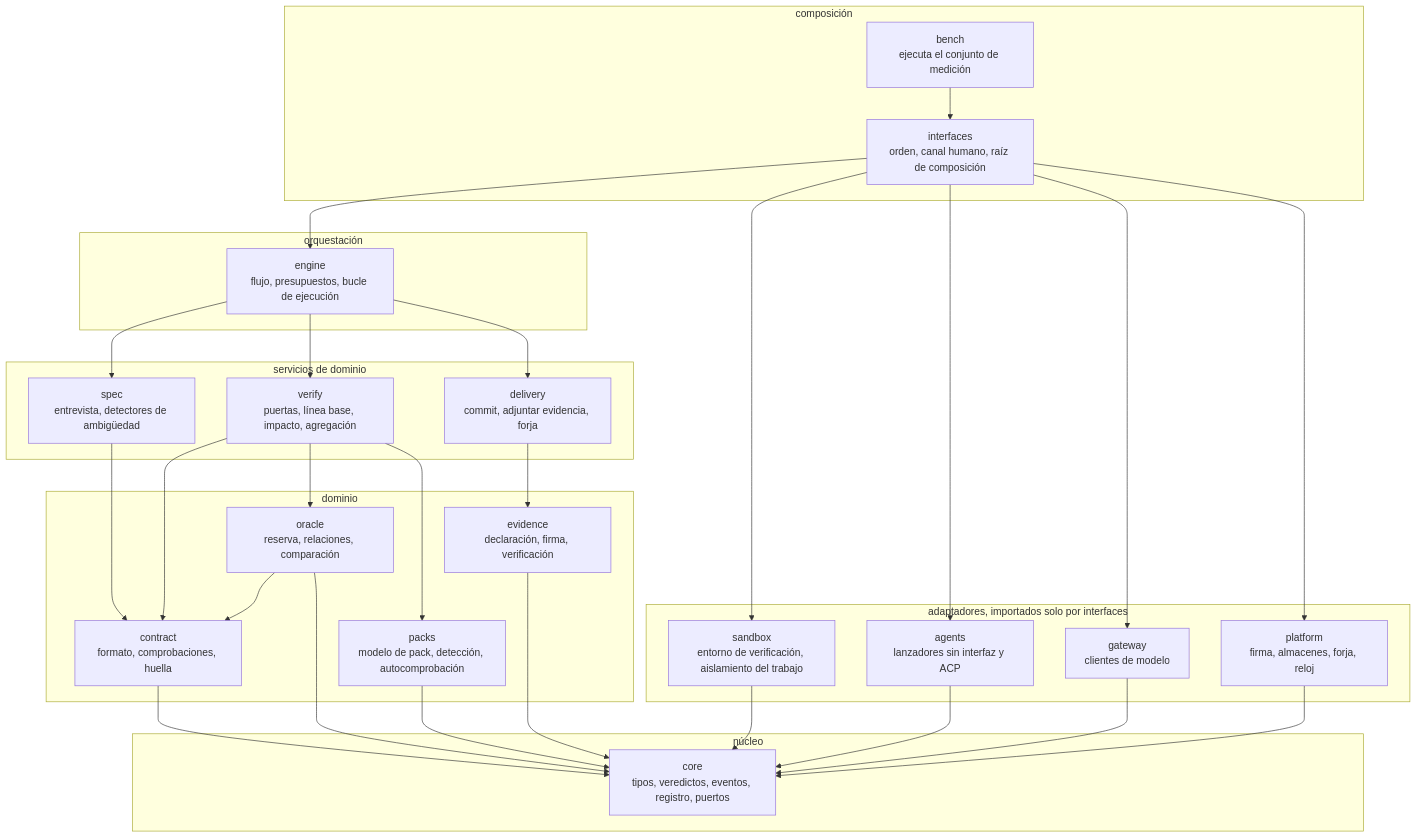
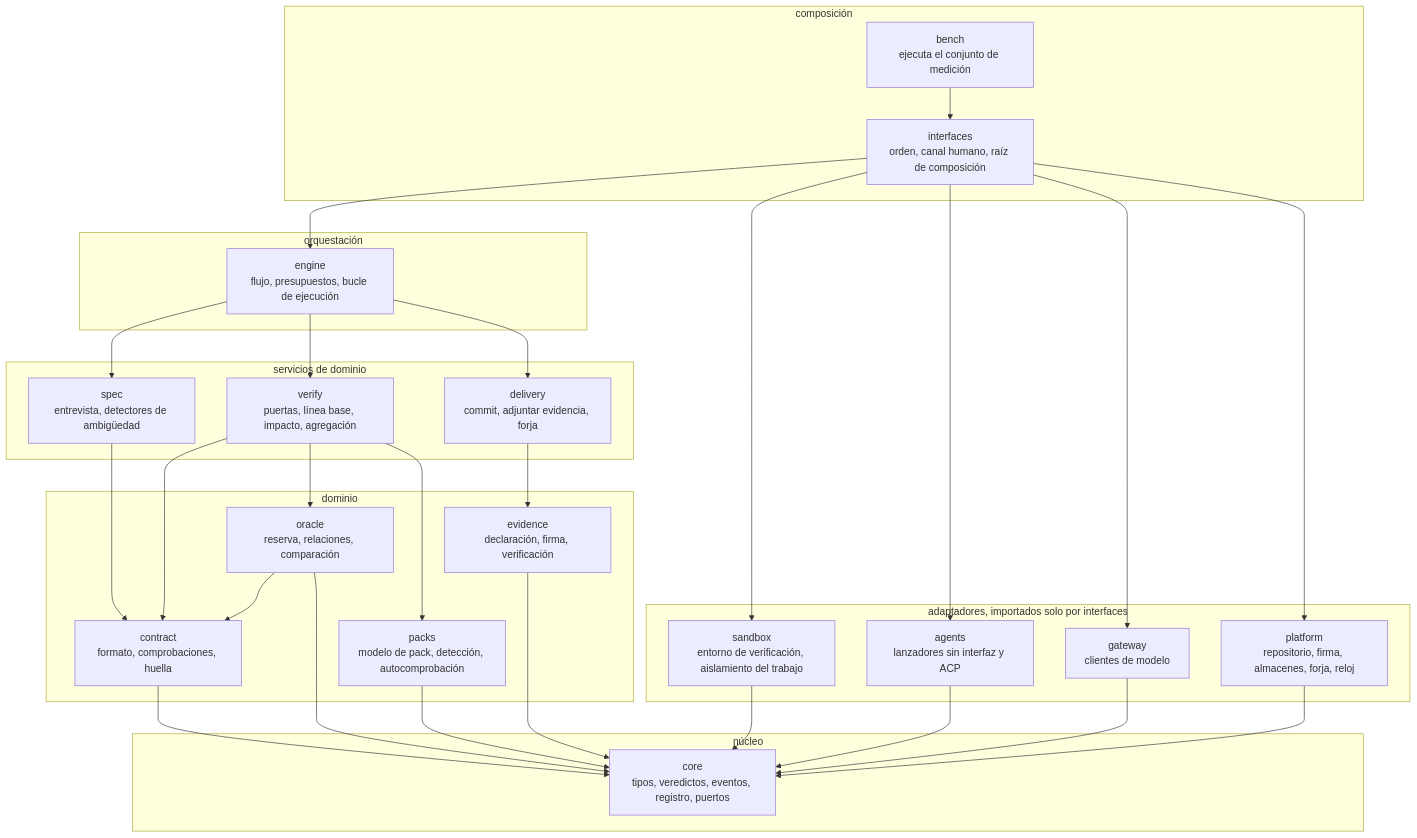
The diagram in docs/architecture/02-modules.es.md (rafaranaz/raclab-dokime), drawn with Mermaid before and after one commit. The commit also changed other lines of this file and 5 other files, not shown here.

````diff
--- a/docs/architecture/02-modules.es.md
+++ b/docs/architecture/02-modules.es.md
@@ -8,54 +8,54 @@
 ```mermaid
 flowchart TB
     subgraph L4["composición"]
         interfaces["interfaces<br/>orden, canal humano, raíz de composición"]
         bench["bench<br/>ejecuta el conjunto de medición"]
     end
     subgraph L3["orquestación"]
         engine["engine<br/>flujo, presupuestos, bucle de ejecución"]
     end
     subgraph L2["servicios de dominio"]
         spec["spec<br/>entrevista, detectores de ambigüedad"]
         verify["verify<br/>puertas, línea base, impacto, agregación"]
         delivery["delivery<br/>commit, adjuntar evidencia, forja"]
     end
     subgraph L1["dominio"]
         contract["contract<br/>formato, comprobaciones, huella"]
         oracle["oracle<br/>reserva, relaciones, comparación"]
         evidence["evidence<br/>declaración, firma, verificación"]
         packs["packs<br/>modelo de pack, detección, autocomprobación"]
     end
     subgraph L0["núcleo"]
         core["core<br/>tipos, veredictos, eventos, registro, puertos"]
     end
     subgraph AD["adaptadores, importados solo por interfaces"]
         sandbox["sandbox<br/>entorno de verificación, aislamiento del trabajo"]
         agents["agents<br/>lanzadores sin interfaz y ACP"]
         gateway["gateway<br/>clientes de modelo"]
-        platform["platform<br/>firma, almacenes, forja, reloj"]
+        platform["platform<br/>repositorio, firma, almacenes, forja, reloj"]
     end
 
     interfaces --> engine
     bench --> interfaces
     engine --> spec
     engine --> verify
     engine --> delivery
     spec --> contract
     verify --> contract
     verify --> oracle
     verify --> packs
     delivery --> evidence
     oracle --> contract
     contract --> core
     oracle --> core
     evidence --> core
     packs --> core
     interfaces --> sandbox
     interfaces --> agents
     interfaces --> gateway
     interfaces --> platform
     sandbox --> core
     agents --> core
     gateway --> core
     platform --> core
 ```
````
